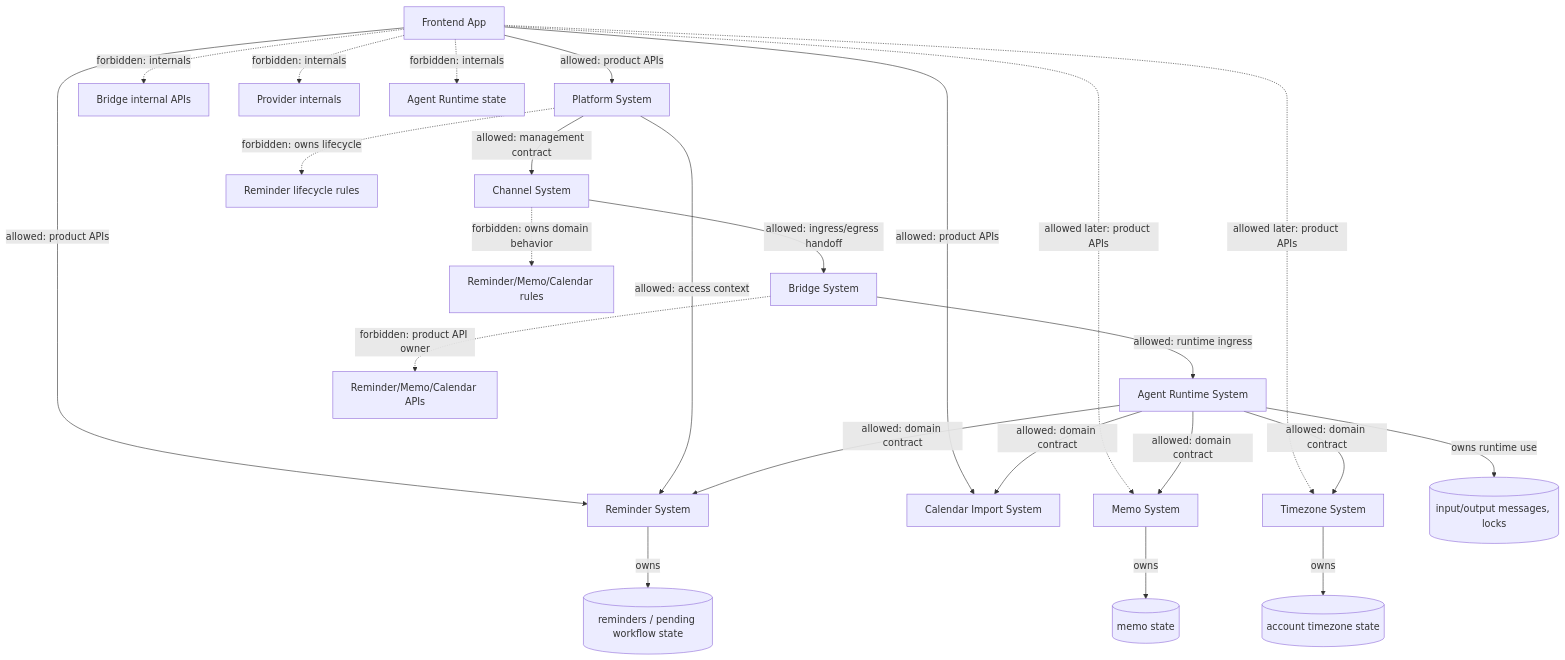
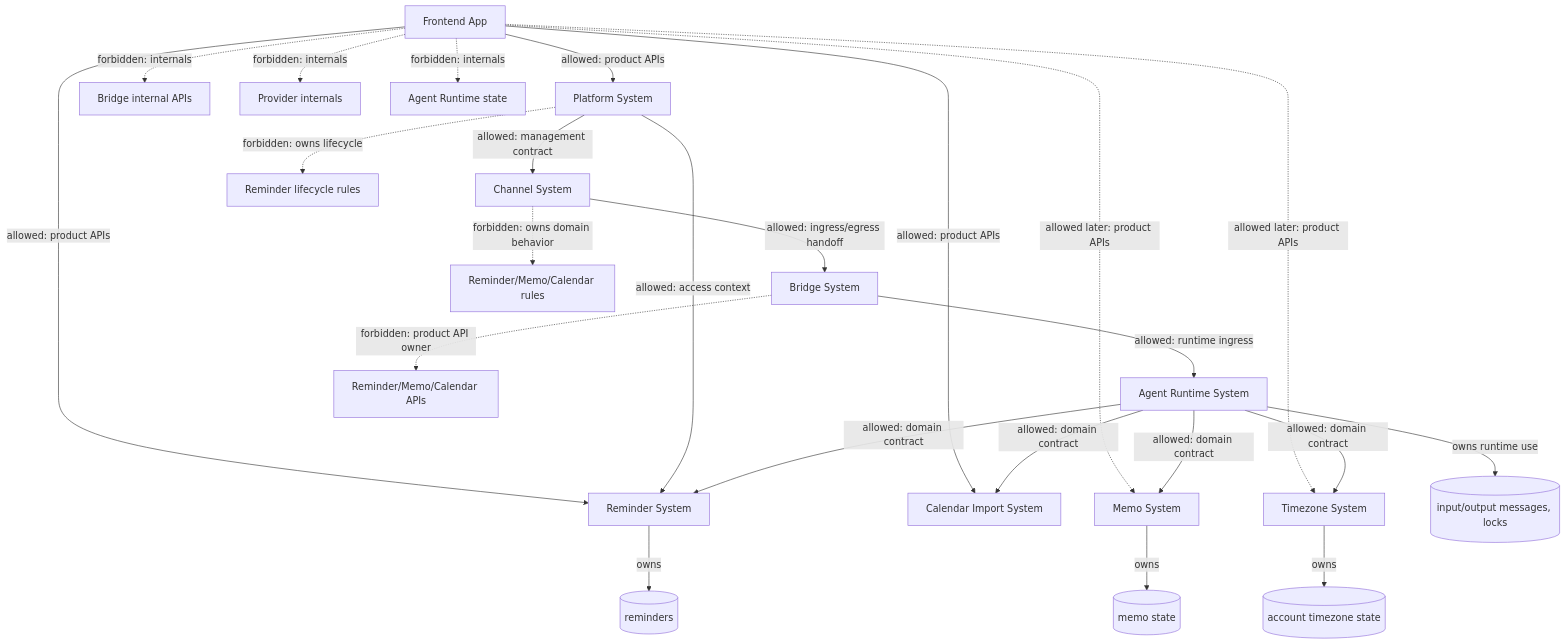
One commit to yidianyiko/openCoke changed the second of 2 diagrams in docs/superpowers/specs/2026-05-19-frontend-platform-channel-boundary-design.md. Above: the diagram before and after it, drawn with Mermaid. The commit also changed other lines of this file and 19 other files, not shown here.

Commit message:
Remove retired pending workflow surfaces

````diff
--- a/docs/superpowers/specs/2026-05-19-frontend-platform-channel-boundary-design.md
+++ b/docs/superpowers/specs/2026-05-19-frontend-platform-channel-boundary-design.md
@@ -311,30 +311,30 @@
 ```mermaid
 flowchart TD
     FE["Frontend App"] -->|"allowed: product APIs"| Platform["Platform System"]
     FE -->|"allowed: product APIs"| Reminder["Reminder System"]
     FE -->|"allowed: product APIs"| Calendar["Calendar Import System"]
     FE -. "allowed later: product APIs" .-> Timezone["Timezone System"]
     FE -. "allowed later: product APIs" .-> Memo["Memo System"]
     FE -. "forbidden: internals" .-> BridgeX["Bridge internal APIs"]
     FE -. "forbidden: internals" .-> ChannelX["Provider internals"]
     FE -. "forbidden: internals" .-> RuntimeX["Agent Runtime state"]
 
     Platform -->|"allowed: management contract"| Channel["Channel System"]
     Platform -->|"allowed: access context"| Reminder
     Platform -. "forbidden: owns lifecycle" .-> ReminderRules["Reminder lifecycle rules"]
 
     Channel -->|"allowed: ingress/egress handoff"| Bridge["Bridge System"]
     Channel -. "forbidden: owns domain behavior" .-> DomainRules["Reminder/Memo/Calendar rules"]
 
     Bridge -->|"allowed: runtime ingress"| AgentRuntime["Agent Runtime System"]
     AgentRuntime -->|"allowed: domain contract"| Reminder
     AgentRuntime -->|"allowed: domain contract"| Memo
     AgentRuntime -->|"allowed: domain contract"| Calendar
     AgentRuntime -->|"allowed: domain contract"| Timezone
     Bridge -. "forbidden: product API owner" .-> ProductAPIX["Reminder/Memo/Calendar APIs"]
 
-    Reminder -->|"owns"| ReminderState[("reminders / pending workflow state")]
+    Reminder -->|"owns"| ReminderState[("reminders")]
     Memo -->|"owns"| MemoState[("memo state")]
     Timezone -->|"owns"| TimezoneState[("account timezone state")]
     AgentRuntime -->|"owns runtime use"| RuntimeState[("input/output messages, locks")]
 ```
````
